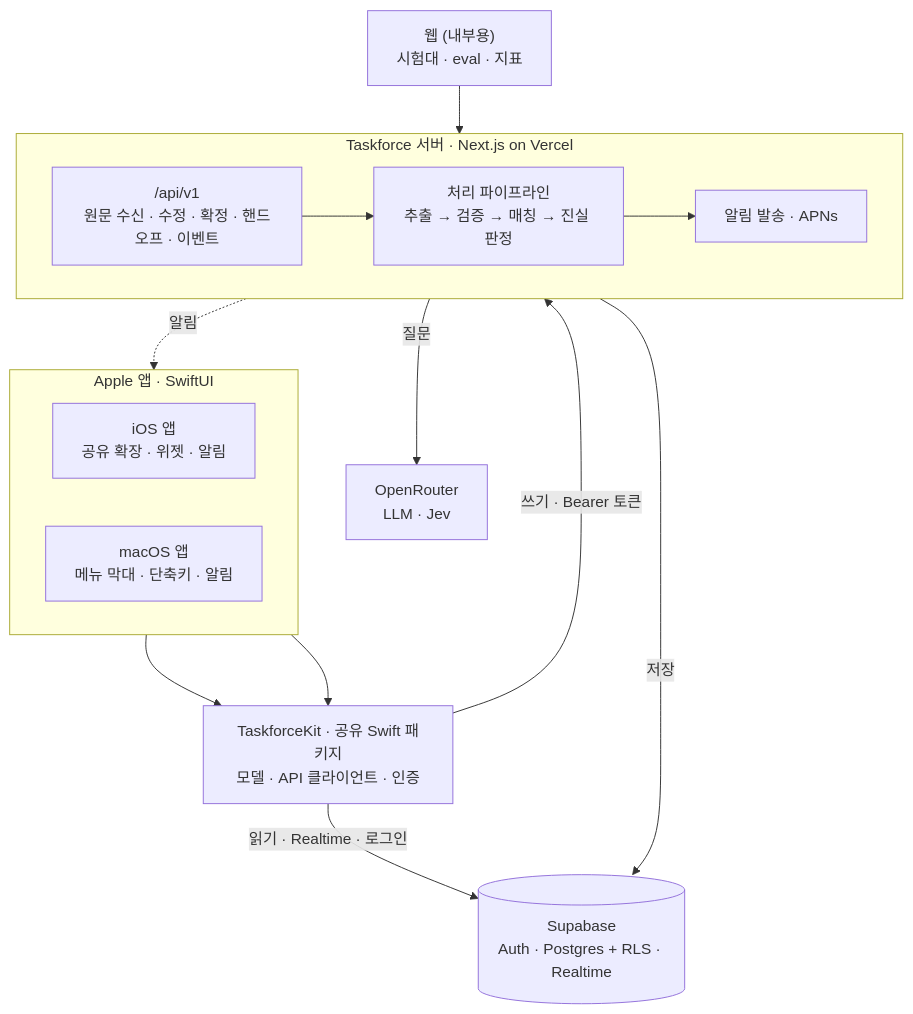
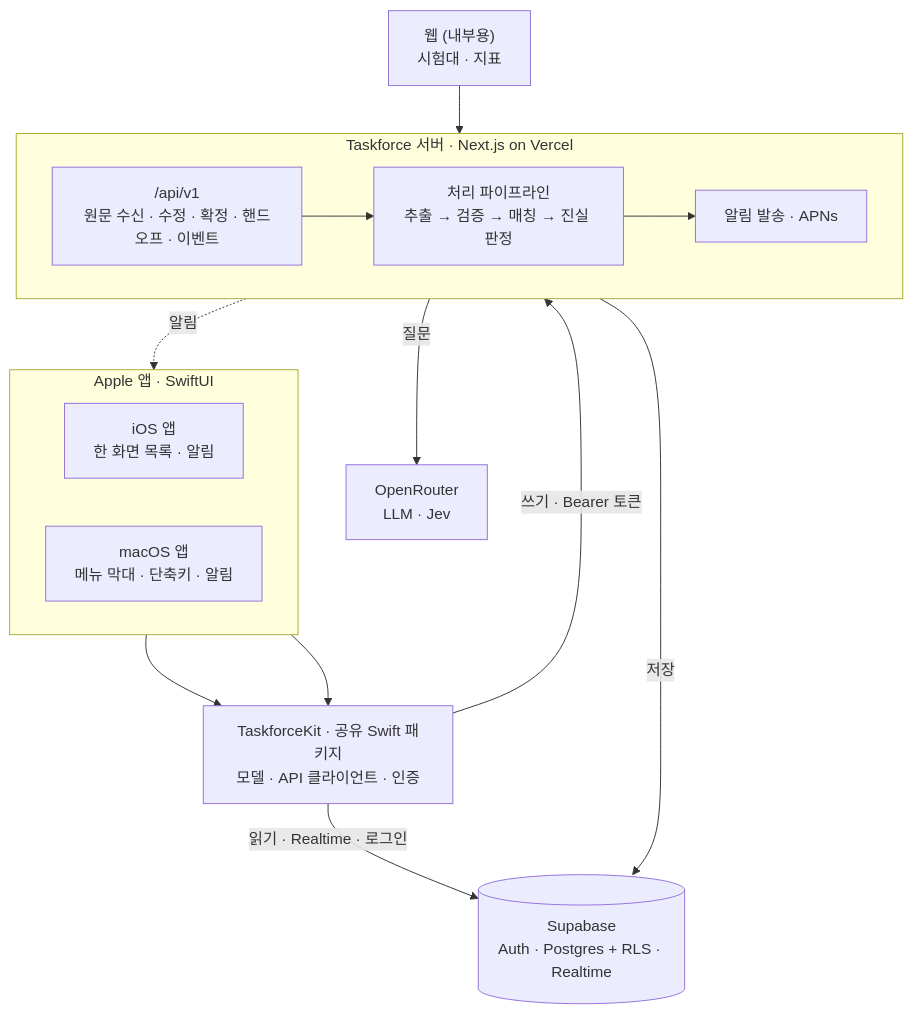
The diagram in docs/PLATFORMS.md (songch9511/taskforce-new), drawn with Mermaid before and after one commit. The commit also changed other lines of this file and 9 other files, not shown here.

````diff
--- a/docs/PLATFORMS.md
+++ b/docs/PLATFORMS.md
@@ -65,29 +66,29 @@
 ```mermaid
 flowchart TB
     subgraph APPLE["Apple 앱 · SwiftUI"]
         direction LR
-        IOS["iOS 앱<br/>공유 확장 · 위젯 · 알림"]
+        IOS["iOS 앱<br/>한 화면 목록 · 알림"]
         MAC["macOS 앱<br/>메뉴 막대 · 단축키 · 알림"]
     end
     KIT["TaskforceKit · 공유 Swift 패키지<br/>모델 · API 클라이언트 · 인증"]
-    WEB["웹 (내부용)<br/>시험대 · eval · 지표"]
+    WEB["웹 (내부용)<br/>시험대 · 지표"]
 
     subgraph SERVER["Taskforce 서버 · Next.js on Vercel"]
         direction LR
         API["/api/v1<br/>원문 수신 · 수정 · 확정 · 핸드오프 · 이벤트"]
         PIPE["처리 파이프라인<br/>추출 → 검증 → 매칭 → 진실 판정"]
         PUSH["알림 발송 · APNs"]
         API --> PIPE --> PUSH
     end
 
     OR["OpenRouter<br/>LLM · Jev"]
     SB[("Supabase<br/>Auth · Postgres + RLS · Realtime")]
 
     IOS & MAC --> KIT
     KIT -- "쓰기 · Bearer 토큰" --> API
     KIT -- "읽기 · Realtime · 로그인" --> SB
     WEB --> API
     PIPE -- 질문 --> OR
     PIPE -- 저장 --> SB
     PUSH -. 알림 .-> APPLE
 ```
````
